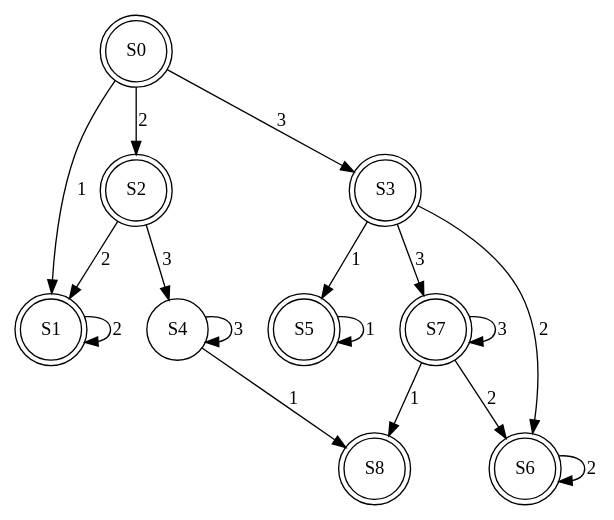
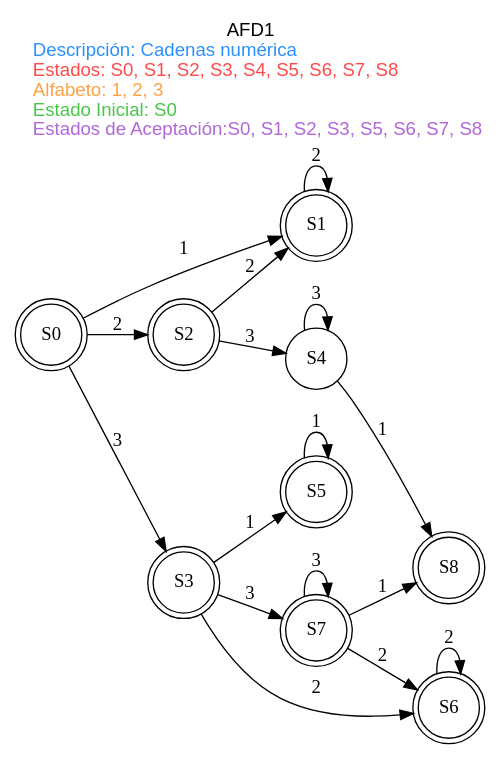
One commit to bryan967132/LFPA_1S2025_EjemplosDeClase changed the diagram in Clase8/SalidaAFD1.dot. Above: the diagram before and after it, drawn with Graphviz. The commit also changed 4 other files, not shown here.

```diff
--- a/Clase8/SalidaAFD1.dot
+++ b/Clase8/SalidaAFD1.dot
@@ -1,28 +1,38 @@
 digraph AFD1 {
+	rankdir = LR;
+	graph[fontname="Arial" labelloc=t];
 	node[shape=circle];
-	S0 [label="S0" shape=doublecircle];
-	S1 [label="S1" shape=doublecircle];
-	S2 [label="S2" shape=doublecircle];
-	S3 [label="S3" shape=doublecircle];
+	label=<
+		<font color="black">AFD1</font><br/>
+		<font color="#2B90FF">Descripción: Cadenas numérica</font><br align="left"/>
+		<font color="#FF4A4A">Estados: S0, S1, S2, S3, S4, S5, S6, S7, S8</font><br align="left"/>
+		<font color="#FFA142">Alfabeto: 1, 2, 3</font><br align="left"/>
+		<font color="#48C748">Estado Inicial: S0</font><br align="left"/>
+		<font color="#B166DA">Estados de Aceptación:S0, S1, S2, S3, S5, S6, S7, S8</font><br align="left"/>
+	>;
+	S0 [label="S0" peripheries=2];
+	S1 [label="S1" peripheries=2];
+	S2 [label="S2" peripheries=2];
+	S3 [label="S3" peripheries=2];
 	S4 [label="S4"];
-	S5 [label="S5" shape=doublecircle];
-	S6 [label="S6" shape=doublecircle];
-	S7 [label="S7" shape=doublecircle];
-	S8 [label="S8" shape=doublecircle];
-	S3 -> S5[label="1"];
-	S3 -> S6[label="2"];
-	S3 -> S7[label="3"];
-	S4 -> S8[label="1"];
-	S4 -> S4[label="3"];
-	S5 -> S5[label="1"];
-	S6 -> S6[label="2"];
-	S7 -> S8[label="1"];
-	S7 -> S6[label="2"];
-	S7 -> S7[label="3"];
-	S0 -> S1[label="1"];
-	S0 -> S2[label="2"];
-	S0 -> S3[label="3"];
-	S1 -> S1[label="2"];
-	S2 -> S1[label="2"];
-	S2 -> S4[label="3"];
+	S5 [label="S5" peripheries=2];
+	S6 [label="S6" peripheries=2];
+	S7 [label="S7" peripheries=2];
+	S8 [label="S8" peripheries=2];
+	S3 -> S5 [label="1"];
+	S3 -> S6 [label="2"];
+	S3 -> S7 [label="3"];
+	S4 -> S8 [label="1"];
+	S4 -> S4 [label="3"];
+	S5 -> S5 [label="1"];
+	S6 -> S6 [label="2"];
+	S7 -> S8 [label="1"];
+	S7 -> S6 [label="2"];
+	S7 -> S7 [label="3"];
+	S0 -> S1 [label="1"];
+	S0 -> S2 [label="2"];
+	S0 -> S3 [label="3"];
+	S1 -> S1 [label="2"];
+	S2 -> S1 [label="2"];
+	S2 -> S4 [label="3"];
 }
```
